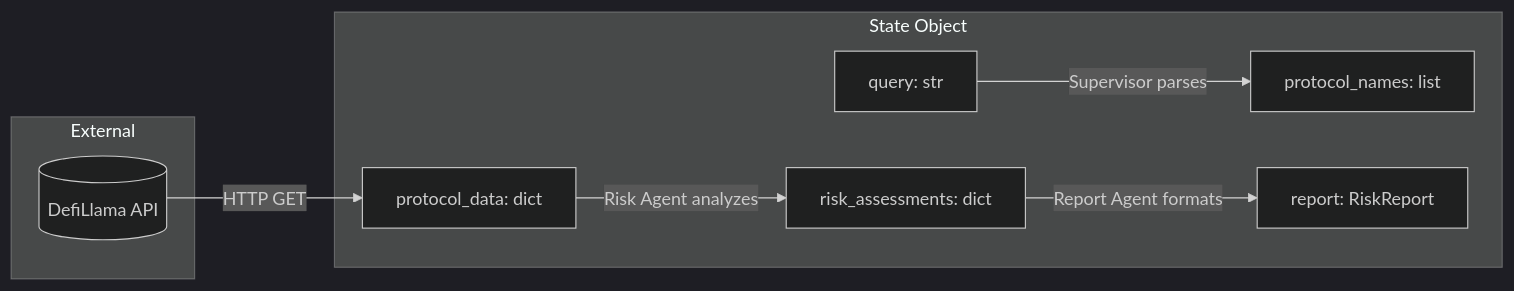
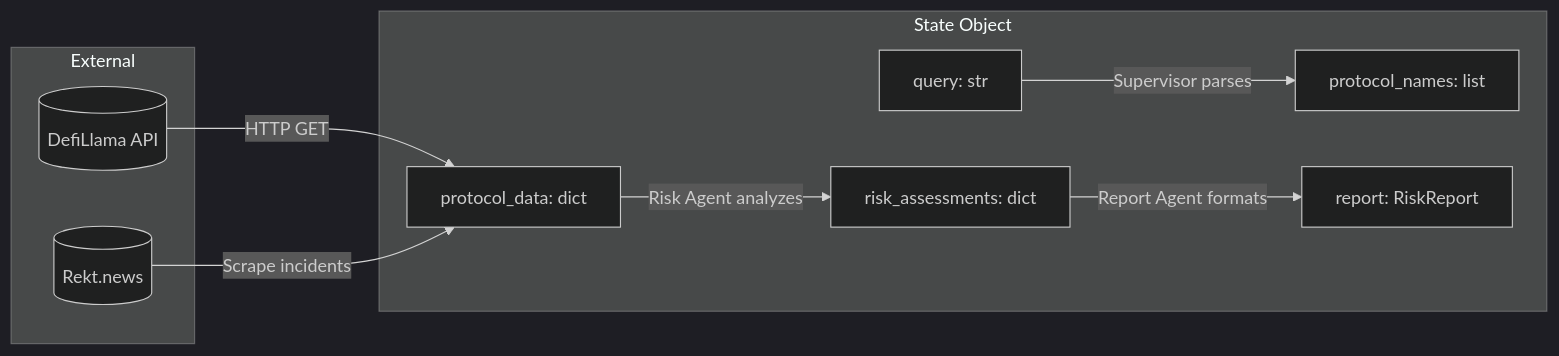
The third of 6 diagrams in README.md (Ricoledan/defi-risk-agent), drawn with Mermaid (dark theme) before and after one commit. The commit also changed other lines of this file, not shown here.

````diff
--- a/README.md
+++ b/README.md
@@ -112,19 +119,21 @@
 ```mermaid
 flowchart LR
     subgraph External
         API[(DefiLlama API)]
+        REKT[(Rekt.news)]
     end
 
     subgraph "State Object"
         S1[query: str]
         S2[protocol_names: list]
         S3[protocol_data: dict]
         S4[risk_assessments: dict]
         S5[report: RiskReport]
     end
 
     API --> |HTTP GET| S3
+    REKT --> |Scrape incidents| S3
     S1 --> |Supervisor parses| S2
     S3 --> |Risk Agent analyzes| S4
     S4 --> |Report Agent formats| S5
 ```
````
